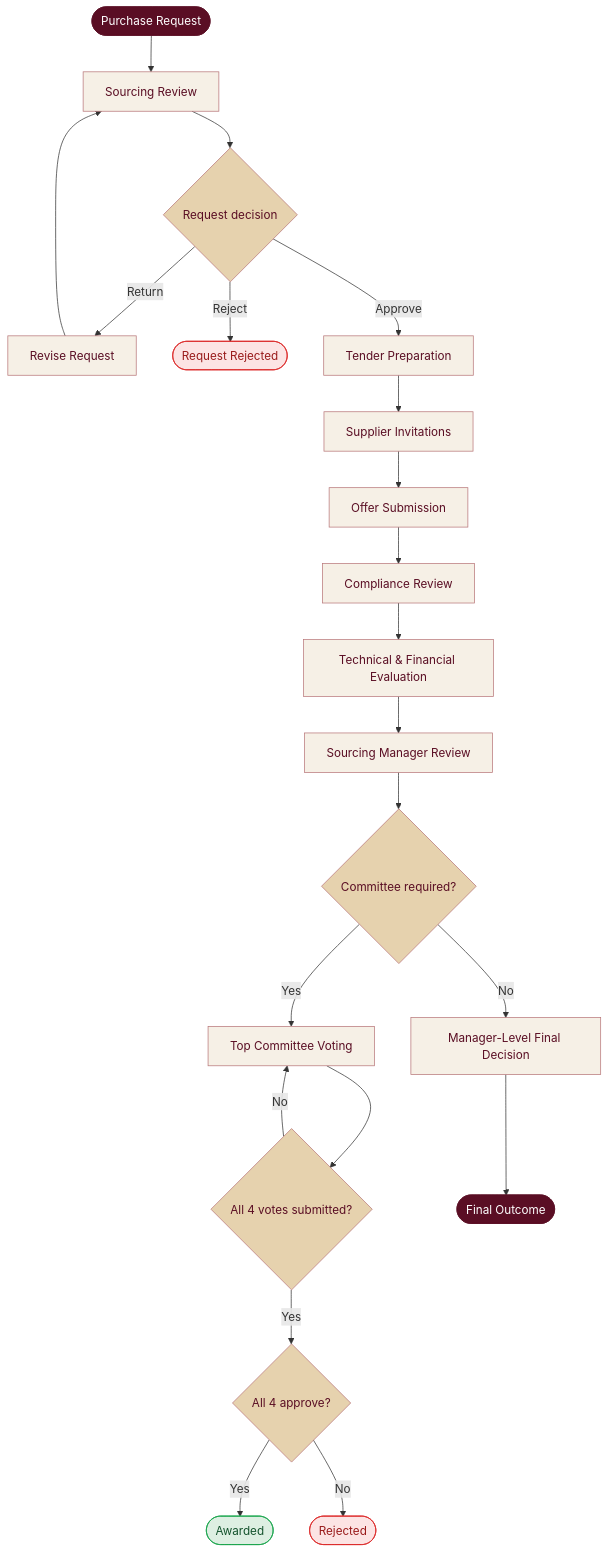
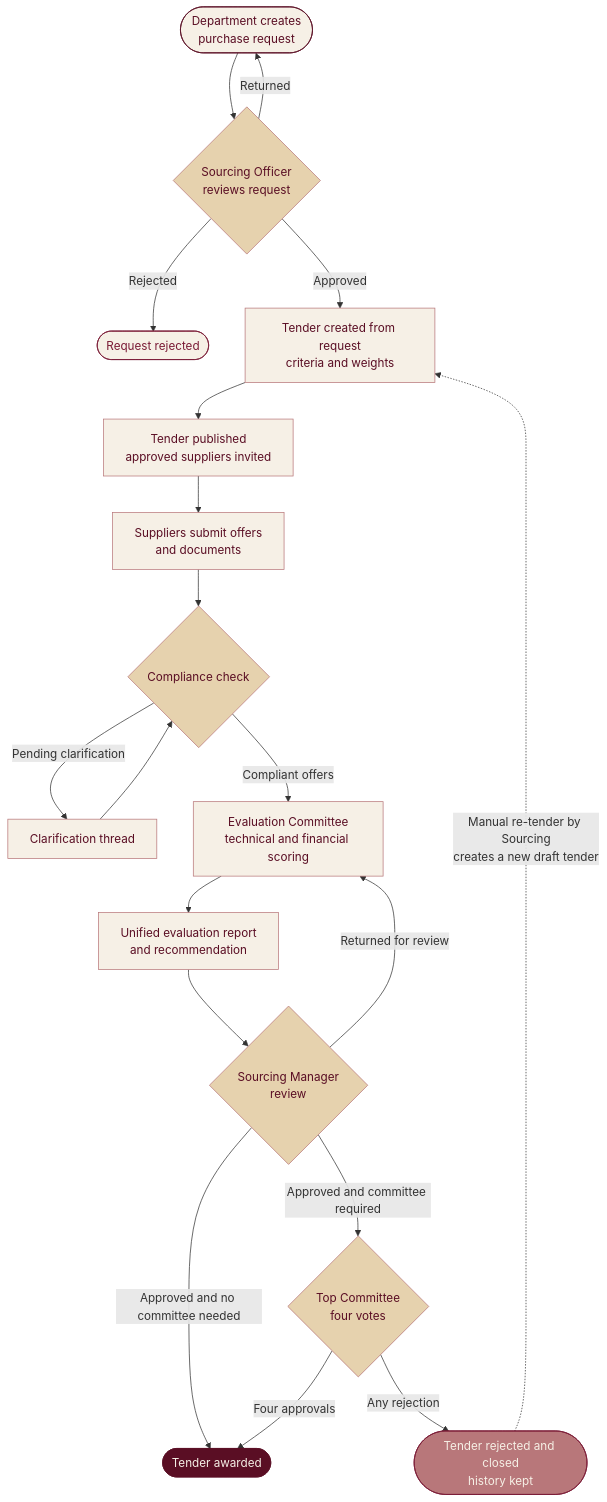
Before and after one commit to Supply-Tender-Team/Cosmetics-Management-System: the second of 5 diagrams in README.md, drawn with Mermaid. The commit also changed other lines of this file, not shown here.

````diff
--- a/README.md
+++ b/README.md
@@ -84,34 +139,28 @@
 ```mermaid
 flowchart TD
-    A(["Purchase Request"]) --> B["Sourcing Review"]
-    B --> C{"Request decision"}
-    C -->|Return| D["Revise Request"]
-    D --> B
-    C -->|Reject| X(["Request Rejected"])
-    C -->|Approve| E["Tender Preparation"]
-    E --> F["Supplier Invitations"]
-    F --> G["Offer Submission"]
-    G --> H["Compliance Review"]
-    H --> I["Technical & Financial Evaluation"]
-    I --> J["Sourcing Manager Review"]
-    J --> K{"Committee required?"}
-    K -->|Yes| L["Top Committee Voting"]
-    L --> N{"All 4 votes submitted?"}
-    N -->|No| L
-    N -->|Yes| O{"All 4 approve?"}
-    O -->|Yes| P(["Awarded"])
-    O -->|No| Q(["Rejected"])
-    K -->|No| R["Manager-Level Final Decision"]
-    R --> S(["Final Outcome"])
-    classDef primary fill:#5A0E24,color:#fff,stroke:#5A0E24
-    classDef process fill:#F6F0E6,color:#5A0E24,stroke:#B8777A
-    classDef decision fill:#E6D2AE,color:#5A0E24,stroke:#B8777A
-    classDef success fill:#DDEFE2,color:#14532D,stroke:#16A34A
-    classDef danger fill:#FCE4E4,color:#991B1B,stroke:#DC2626
-    class A primary
-    class B,D,E,F,G,H,I,J,L,R process
-    class C,K,N,O decision
-    class P success
-    class X,Q danger
-    class S primary
+    A(["Department creates<br/>purchase request"]):::start --> B{"Sourcing Officer<br/>reviews request"}:::decision
+    B -- Returned --> A
+    B -- Rejected --> X(["Request rejected"]):::stop
+    B -- Approved --> C["Tender created from request<br/>criteria and weights"]:::process
+    C --> D["Tender published<br/>approved suppliers invited"]:::process
+    D --> E["Suppliers submit offers<br/>and documents"]:::process
+    E --> F{"Compliance check"}:::decision
+    F -- Pending clarification --> G["Clarification thread"]:::process
+    G --> F
+    F -- Compliant offers --> H["Evaluation Committee<br/>technical and financial scoring"]:::process
+    H --> I["Unified evaluation report<br/>and recommendation"]:::process
+    I --> J{"Sourcing Manager<br/>review"}:::decision
+    J -- Returned for review --> H
+    J -- Approved and no committee needed --> K(["Tender awarded"]):::done
+    J -- Approved and committee required --> L{"Top Committee<br/>four votes"}:::decision
+    L -- Four approvals --> K
+    L -- Any rejection --> R(["Tender rejected and closed<br/>history kept"]):::warn
+    R -. "Manual re-tender by Sourcing<br/>creates a new draft tender" .-> C
+
+    classDef start fill:#F6F0E6,stroke:#5A0E24,color:#5A0E24
+    classDef process fill:#F6F0E6,stroke:#B8777A,color:#5A0E24
+    classDef decision fill:#E6D2AE,stroke:#B8777A,color:#5A0E24
+    classDef done fill:#5A0E24,stroke:#5A0E24,color:#F6F0E6
+    classDef warn fill:#B8777A,stroke:#7A1A35,color:#F6F0E6
+    classDef stop fill:#F6F0E6,stroke:#7A1A35,color:#7A1A35
 ```
````
